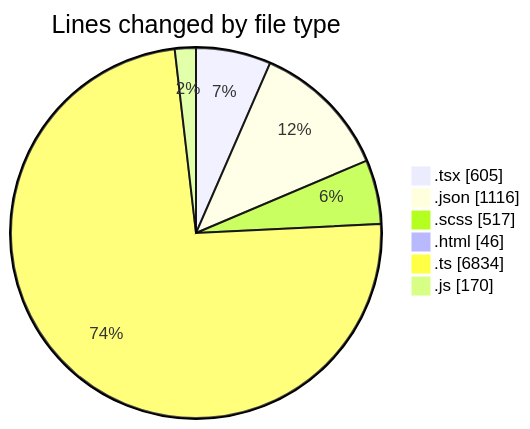
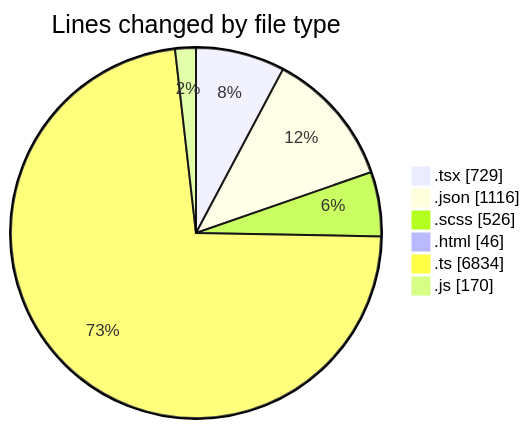
Before and after one commit to momahboobian/code-tracking: the first of 2 diagrams in 2026-04-14/cda/README.md, drawn with Mermaid. The commit also changed other lines of this file and 1 other file, not shown here.

````diff
--- a/2026-04-14/cda/README.md
+++ b/2026-04-14/cda/README.md
@@ -40,10 +42,10 @@
 ```mermaid
 pie showData
 title Lines changed by file type
-".tsx" : 605
+".tsx" : 729
 ".json" : 1116
-".scss" : 517
+".scss" : 526
 ".html" : 46
 ".ts" : 6834
 ".js" : 170
 ```
````
